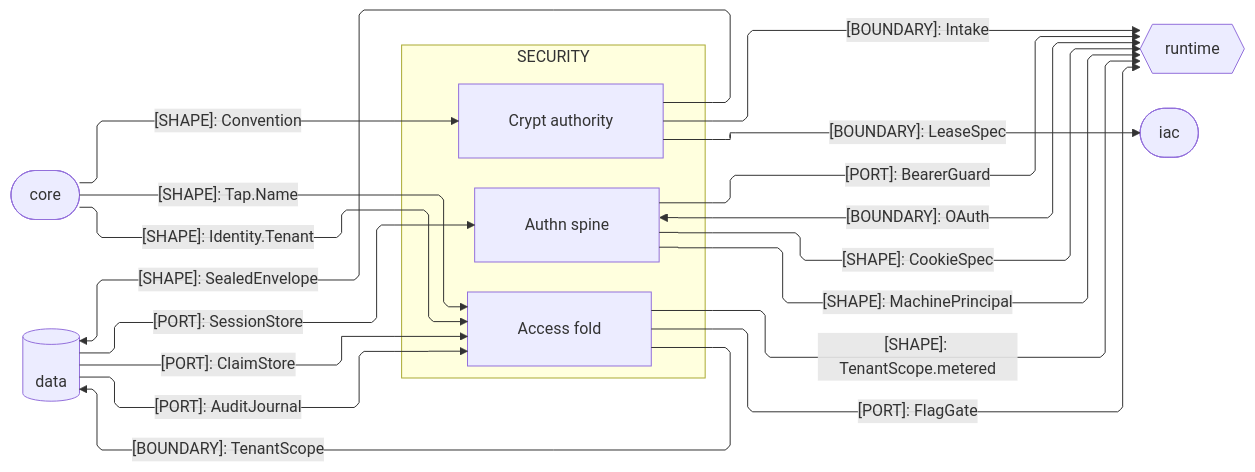
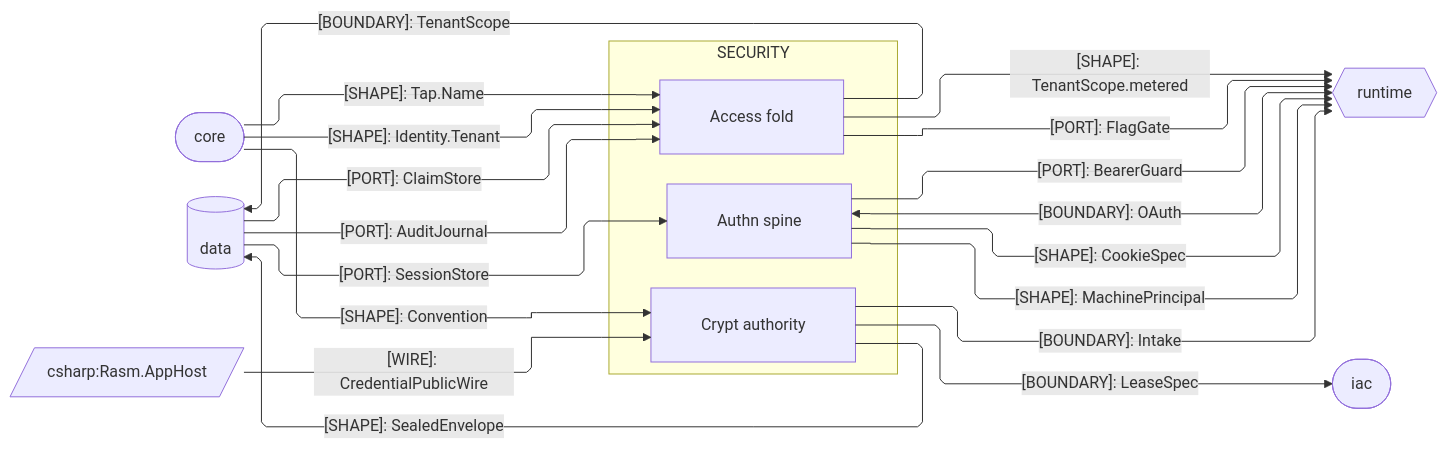
One commit to bsamiee/Rasm changed the second of 3 diagrams in libs/typescript/security/ARCHITECTURE.md. Above: the diagram before and after it, drawn with Mermaid. The commit also changed 820 other files, not shown here.

````diff
--- a/libs/typescript/security/ARCHITECTURE.md
+++ b/libs/typescript/security/ARCHITECTURE.md
@@ -87,37 +87,39 @@
 ```mermaid
 ---
 config:
   layout: elk
   flowchart:
     curve: linear
     padding: 25
 ---
 flowchart LR
     accTitle: Security package seam registry
-    accDescr: Security owners exchanging identity, custody, tenancy, and telemetry contracts with the core, data, runtime, and iac peers.
+    accDescr: Security owners exchanging identity, custody, tenancy, and telemetry contracts with the core, data, runtime, and iac peers, and admitting the AppHost credential wire.
     subgraph security[SECURITY]
         Crypt[Crypt authority]
         Authn[Authn spine]
         Access[Access fold]
     end
     Core([core])
     Data[(data)]
     Runtime{{runtime}}
     Iac([iac])
+    AppHost[/csharp:Rasm.AppHost/]
     Core e1@-->|"[SHAPE]: Identity.Tenant"| Access
     Data e2@-->|"[PORT]: ClaimStore"| Access
     Access e3@-->|"[BOUNDARY]: TenantScope"| Data
     Data e4@-->|"[PORT]: SessionStore"| Authn
     Authn e5@-->|"[PORT]: BearerGuard"| Runtime
     Authn e6@<-->|"[BOUNDARY]: OAuth"| Runtime
     Authn e7@-->|"[SHAPE]: CookieSpec"| Runtime
     Authn e8@-->|"[SHAPE]: MachinePrincipal"| Runtime
     Crypt e9@-->|"[SHAPE]: SealedEnvelope"| Data
     Crypt e10@-->|"[BOUNDARY]: Intake"| Runtime
     Crypt e11@-->|"[BOUNDARY]: LeaseSpec"| Iac
     Access e12@-->|"[PORT]: FlagGate"| Runtime
     Core e13@-->|"[SHAPE]: Convention"| Crypt
     Access e14@-->|"[SHAPE]: TenantScope.metered"| Runtime
     Data e15@-->|"[PORT]: AuditJournal"| Access
     Core e16@-->|"[SHAPE]: Tap.Name"| Access
+    AppHost e17@-->|"[WIRE]: CredentialPublicWire"| Crypt
 ```
````
